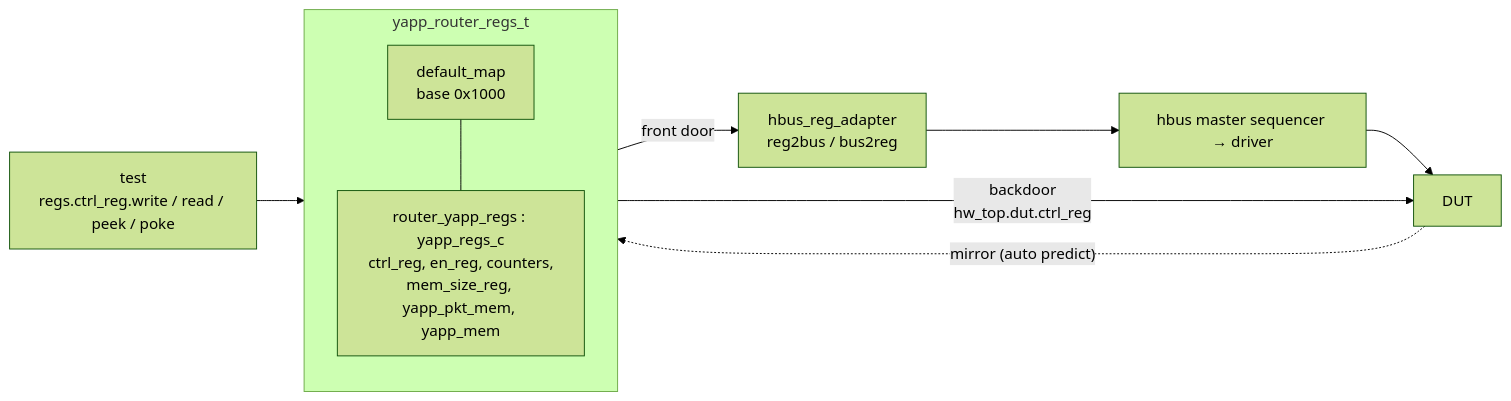
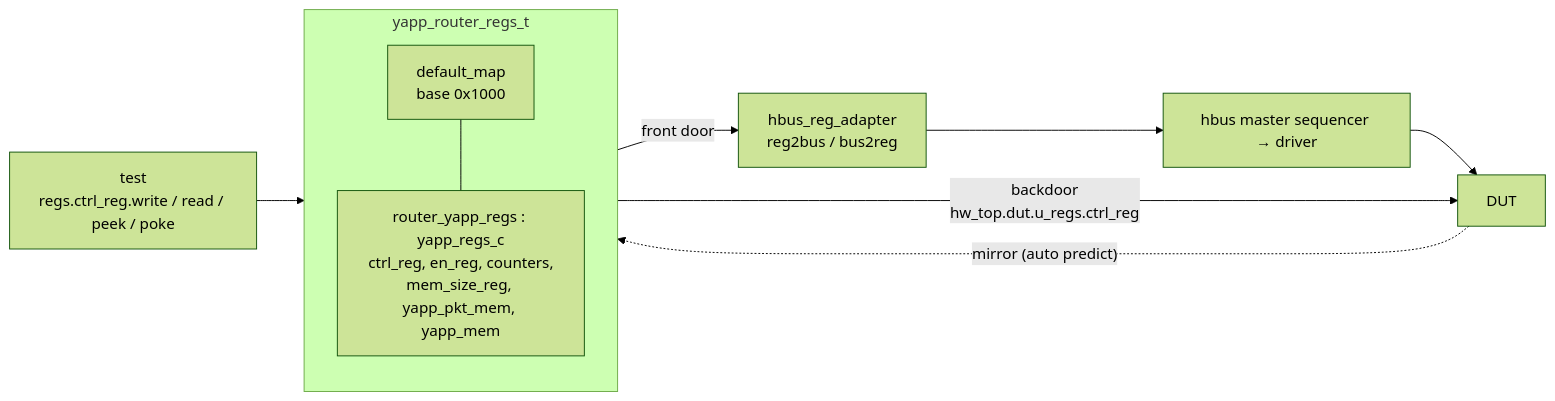
One commit to tamirgabgab/Qcom-Mentoring changed the diagram in docs/components/register-model.md. Above: the diagram before and after it, drawn with Mermaid (forest theme). The commit also changed other lines of this file and 34 other files, not shown here.

First line of the commit message:
Docs: yapp_project tree, extern style, explicit sequences and field methods

````diff
--- a/docs/components/register-model.md
+++ b/docs/components/register-model.md
@@ -12,12 +12,12 @@
 ```mermaid
 flowchart LR
     T["test<br/>regs.ctrl_reg.write / read / peek / poke"] --> RM
     subgraph RM["yapp_router_regs_t"]
         MAP["default_map<br/>base 0x1000"]
         BLK["router_yapp_regs : yapp_regs_c<br/>ctrl_reg, en_reg, counters,<br/>mem_size_reg, yapp_pkt_mem, yapp_mem"]
         MAP --- BLK
     end
     RM -->|"front door"| AD["hbus_reg_adapter<br/>reg2bus / bus2reg"] --> SQ["hbus master sequencer → driver"] --> DUT
-    RM -->|"backdoor<br/>hw_top.dut.ctrl_reg"| DUT
+    RM -->|"backdoor<br/>hw_top.dut.u_regs.ctrl_reg"| DUT
     DUT -. "mirror (auto predict)" .-> RM
 ```
````
